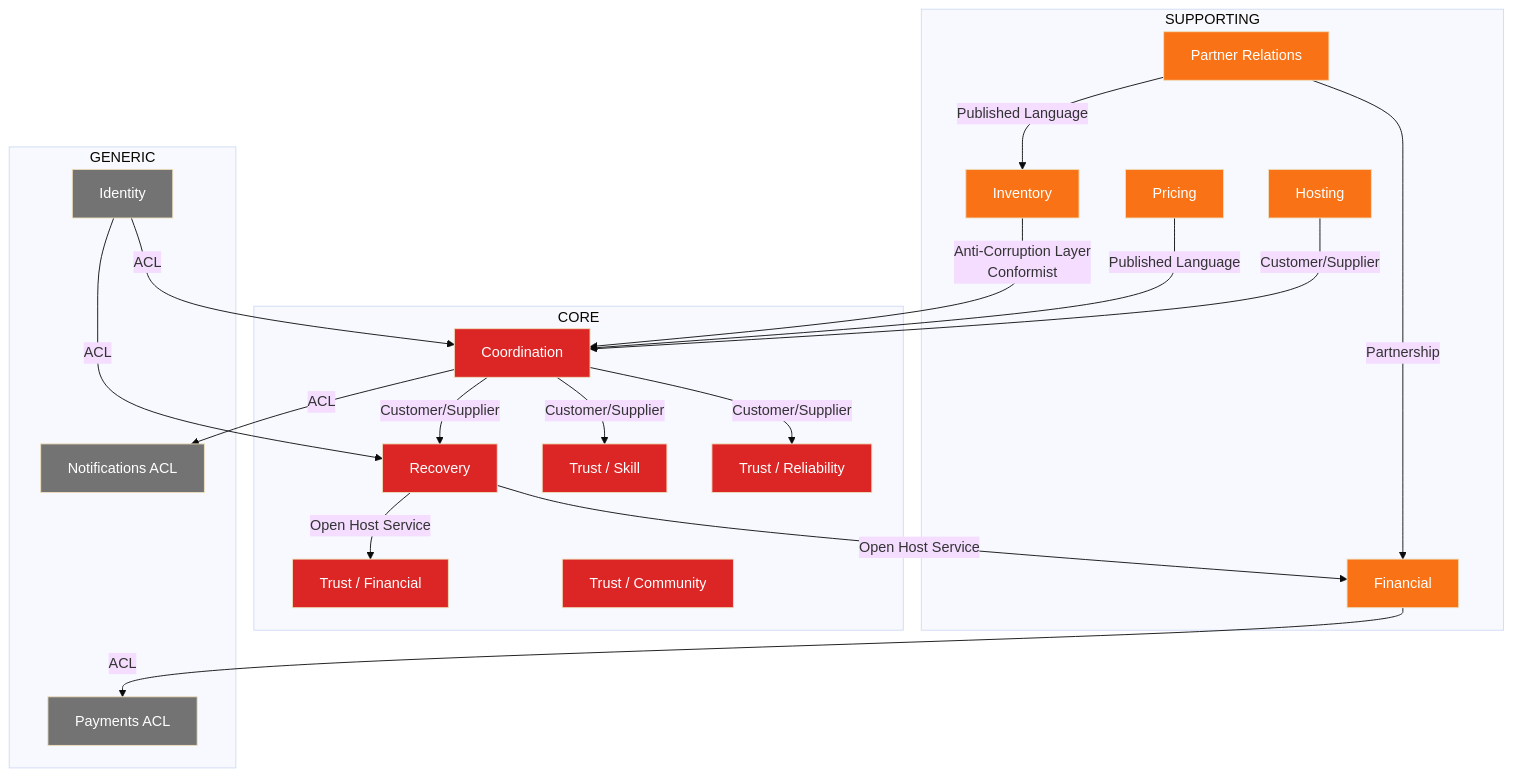
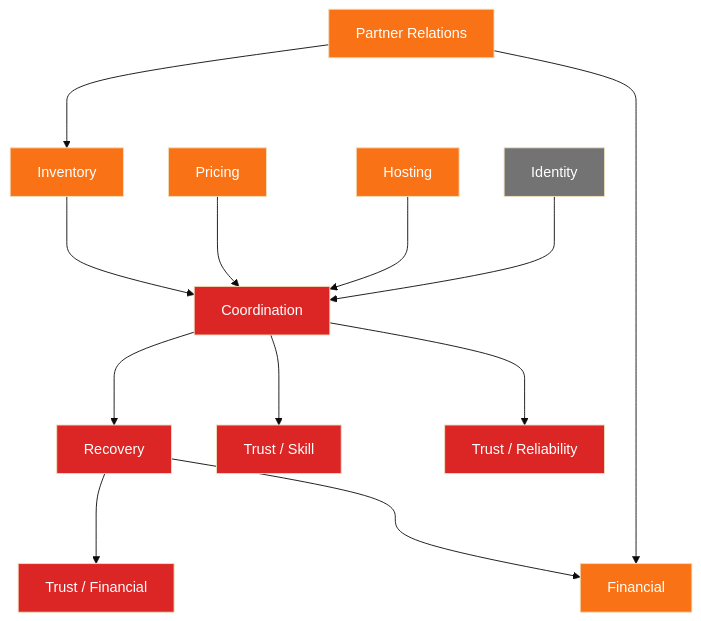
The second of 8 diagrams in DIAGRAMS.md (deepaucksharmaji/game-ddd), drawn with Mermaid (base theme) before and after one commit. The commit also changed other lines of this file, not shown here.

Commit message:
Fix all mermaid rendering issues for GitHub compatibility

````diff
--- a/DIAGRAMS.md
+++ b/DIAGRAMS.md
@@ -54,67 +41,47 @@
 ```mermaid
 flowchart TD
-    %% CORE DOMAINS
-    subgraph CORE
-        COORDINATION[Coordination]
-        RECOVERY[Recovery]
-        TRUST_SKILL[Trust / Skill]
-        TRUST_RELIABILITY[Trust / Reliability]
-        TRUST_FINANCIAL[Trust / Financial]
-        TRUST_COMMUNITY[Trust / Community]
-    end
+    COORDINATION[Coordination]
+    RECOVERY[Recovery]
+    TRUST_SKILL[Trust / Skill]
+    TRUST_RELIABILITY[Trust / Reliability]
+    TRUST_FINANCIAL[Trust / Financial]
 
-    %% SUPPORTING DOMAINS
-    subgraph SUPPORTING
-        INVENTORY[Inventory]
-        PARTNER[Partner Relations]
-        PRICING[Pricing]
-        FINANCIAL[Financial]
-        HOSTING[Hosting]
-    end
+    INVENTORY[Inventory]
+    PARTNER[Partner Relations]
+    PRICING[Pricing]
+    FINANCIAL[Financial]
+    HOSTING[Hosting]
+    IDENTITY[Identity]
 
-    subgraph GENERIC
-        IDENTITY[Identity]
-        NOTIFICATIONS[Notifications ACL]
-        PAYMENTS[Payments ACL]
-    end
+    COORDINATION ---> RECOVERY
+    COORDINATION ---> TRUST_SKILL
+    COORDINATION ---> TRUST_RELIABILITY
+    
+    RECOVERY ---> TRUST_FINANCIAL
+    RECOVERY ---> FINANCIAL
+    
+    INVENTORY ---> COORDINATION
+    
+    PARTNER ---> INVENTORY
+    PARTNER ---> FINANCIAL
+    
+    PRICING ---> COORDINATION
+    
+    HOSTING ---> COORDINATION
+    
+    IDENTITY ---> COORDINATION
 
-    %% RELATIONSHIPS
-    COORDINATION -->|Customer/Supplier| RECOVERY
-    COORDINATION -->|Customer/Supplier| TRUST_SKILL
-    COORDINATION -->|Customer/Supplier| TRUST_RELIABILITY
-    
-    RECOVERY -->|Open Host Service| TRUST_FINANCIAL
-    RECOVERY -->|Open Host Service| FINANCIAL
-    
-    INVENTORY -->|Anti-Corruption Layer<br/>Conformist| COORDINATION
-    
-    PARTNER -->|Published Language| INVENTORY
-    PARTNER -->|Partnership| FINANCIAL
-    
-    PRICING -->|Published Language| COORDINATION
-    
-    HOSTING -->|Customer/Supplier| COORDINATION
-    
-    IDENTITY -->|ACL| COORDINATION
-    IDENTITY -->|ACL| RECOVERY
-
-    COORDINATION -->|ACL| NOTIFICATIONS
-    FINANCIAL -->|ACL| PAYMENTS
-    
     style COORDINATION fill:#dc2626,color:white
     style RECOVERY fill:#dc2626,color:white
     style TRUST_SKILL fill:#dc2626,color:white
     style TRUST_RELIABILITY fill:#dc2626,color:white
     style TRUST_FINANCIAL fill:#dc2626,color:white
-    style TRUST_COMMUNITY fill:#dc2626,color:white
     
     style INVENTORY fill:#f97316,color:white
     style PARTNER fill:#f97316,color:white
     style PRICING fill:#f97316,color:white
     style FINANCIAL fill:#f97316,color:white
     style HOSTING fill:#f97316,color:white
     
     style IDENTITY fill:#737373,color:white
-    style NOTIFICATIONS fill:#737373,color:white
-    style PAYMENTS fill:#737373,color:white
 ```
````
